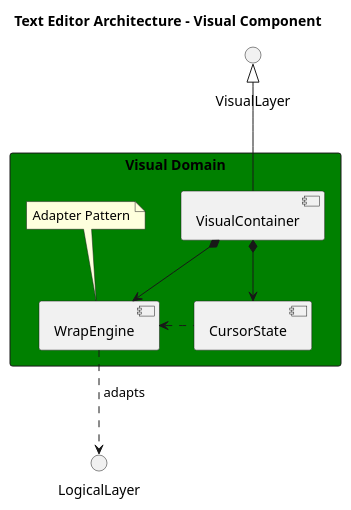
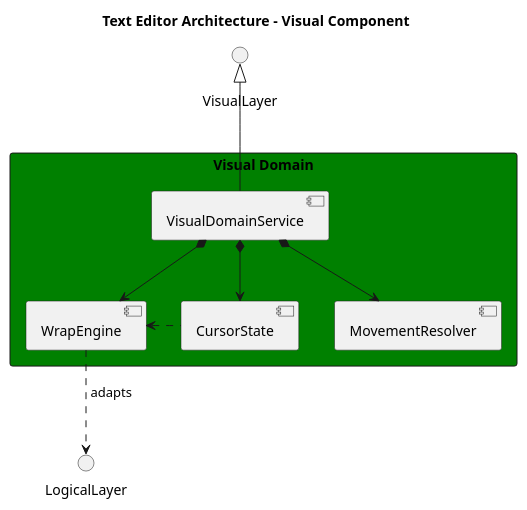
One commit to JoeRittiner/TextEngine changed the diagram in docs/source/specs/architecture/diagrams/visual_components.puml. Above: the diagram before and after it, drawn with PlantUML. The commit also changed 3 other files, not shown here.

First line of the commit message:
doc: Decided the cursor validation architecture

```diff
--- a/docs/source/specs/architecture/diagrams/visual_components.puml
+++ b/docs/source/specs/architecture/diagrams/visual_components.puml
@@ -1,28 +1,27 @@
 @startuml
 
 title Text Editor Architecture - Visual Component
 
 interface VisualLayer as "\nVisualLayer"
 interface LogicalLayer
 
 rectangle "Visual Domain" #Green {
-   component "VisualContainer"
+   component "VisualDomainService"
    'Stateful (Orchestrator/ Facade)
+   component "CursorState"
+   'Stateful
+   component "MovementResolver"
+   'Stateful
    component "WrapEngine"
    'Stateless (Adapter Pattern?)
-   component "CursorState"
-   'Stateful
-
-note top of WrapEngine
-    Adapter Pattern
-end note
 }
 
-VisualContainer -up-|> VisualLayer
+VisualDomainService -up-|> VisualLayer
 WrapEngine ..> LogicalLayer : " adapts"
 
-VisualContainer *--> WrapEngine
-VisualContainer *--> CursorState
+VisualDomainService *-> CursorState
+VisualDomainService *--> WrapEngine
+VisualDomainService *--> MovementResolver
 WrapEngine <. CursorState
 
 @enduml
```
